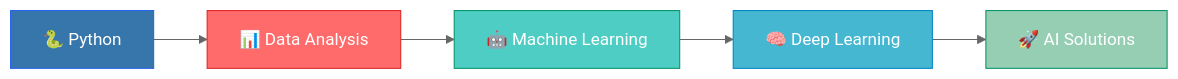
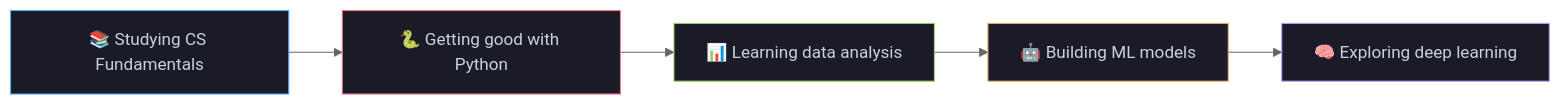
One commit to SalehAlomair/SalehAlomair changed the diagram in README.md. Above: the diagram before and after it, drawn with Mermaid (neutral theme). The commit also changed other lines of this file, not shown here.

````diff
--- a/README.md
+++ b/README.md
@@ -103,13 +95,13 @@
 ```mermaid
-flowchart LR
-    A[🐍 Python] --> B[📊 Data Analysis]
-    B --> C[🤖 Machine Learning]
-    C --> D[🧠 Deep Learning]
-    D --> E[🚀 AI Solutions]
+graph LR
+    A[📚 Studying CS Fundamentals] --> B[🐍 Getting good with Python]
+    B --> C[📊 Learning data analysis]  
+    C --> D[🤖 Building ML models]
+    D --> E[🧠 Exploring deep learning]
     
-    style A fill:#3776AB,stroke:#2563EB,color:#ffffff
-    style B fill:#FF6B6B,stroke:#DC2626,color:#ffffff
-    style C fill:#4ECDC4,stroke:#059669,color:#ffffff
-    style D fill:#45B7D1,stroke:#0284C7,color:#ffffff
-    style E fill:#96CEB4,stroke:#059669,color:#ffffff
+    style A fill:#1a1b27,stroke:#58a6ff,color:#c9d1d9
+    style B fill:#1a1b27,stroke:#f7768e,color:#c9d1d9  
+    style C fill:#1a1b27,stroke:#9ece6a,color:#c9d1d9
+    style D fill:#1a1b27,stroke:#e0af68,color:#c9d1d9
+    style E fill:#1a1b27,stroke:#bb9af7,color:#c9d1d9
 ```
````
